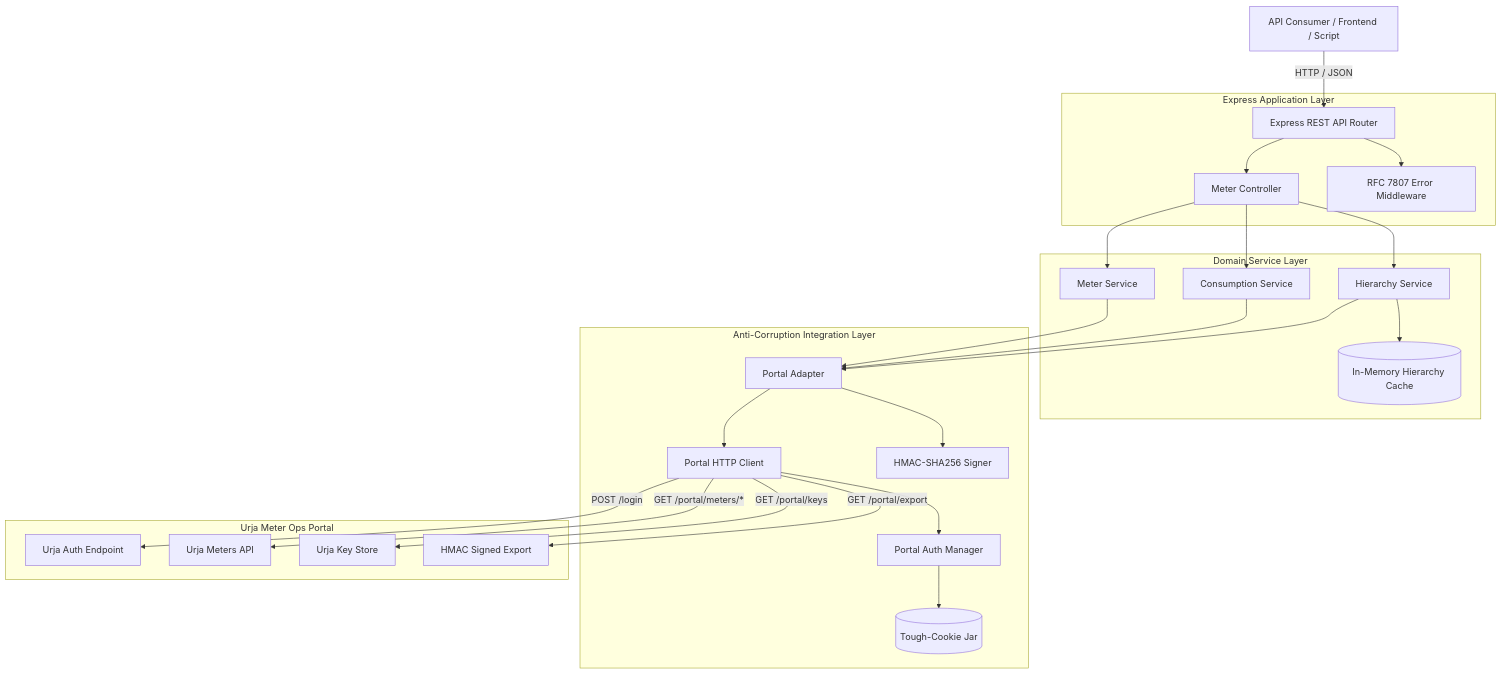
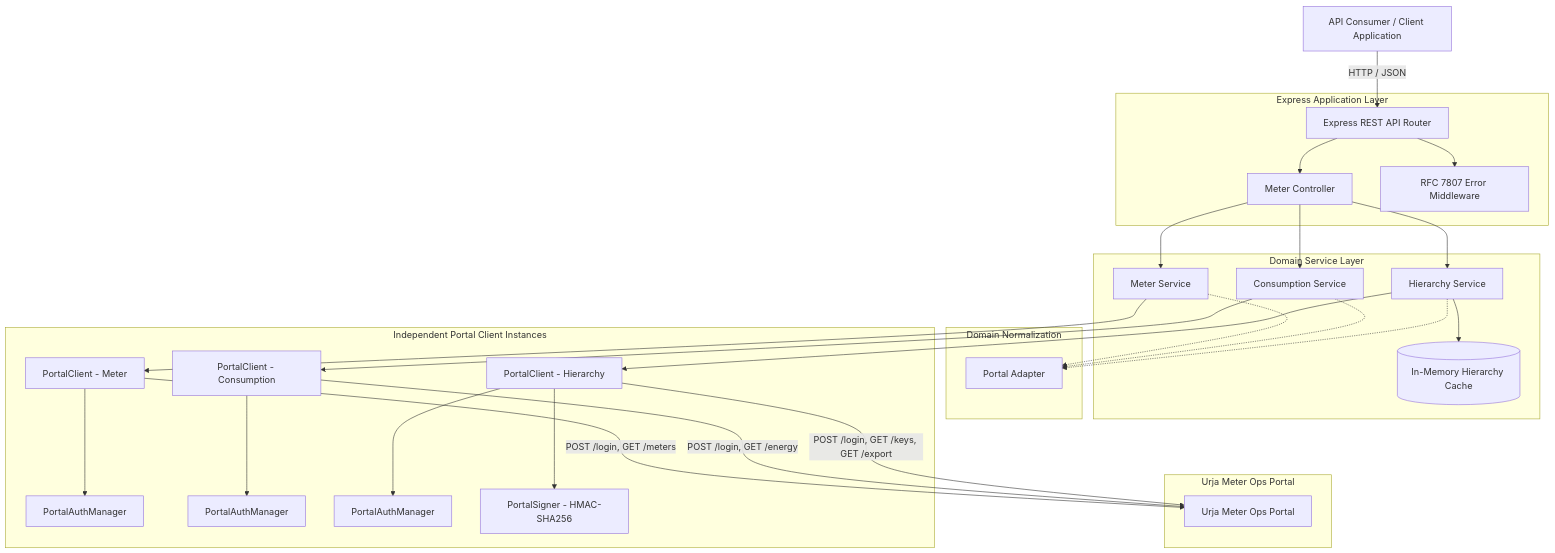
One commit to ankitpandey25009-coder/Flock-Energy-Assignment changed the first of 2 diagrams in README.md. Above: the diagram before and after it, drawn with Mermaid. The commit also changed other lines of this file and 2 other files, not shown here.

Commit message:
docs: correct README technical terminology, architecture documentation, and dependency cleanup

````diff
--- a/README.md
+++ b/README.md
@@ -84,33 +84,38 @@
 ```mermaid
 graph TD
-    Client[API Consumer / Frontend / Script] -->|HTTP / JSON| ExpressApp[Express REST API Router]
+    Client[API Consumer / Client Application] -->|HTTP / JSON| ExpressApp[Express REST API Router]
     
     subgraph ExpressLayer [Express Application Layer]
         ExpressApp --> MeterController[Meter Controller]
         ExpressApp --> ErrorHandler[RFC 7807 Error Middleware]
     end
 
     subgraph ServiceLayer [Domain Service Layer]
         MeterController --> MeterService[Meter Service]
         MeterController --> ConsumptionService[Consumption Service]
         MeterController --> HierarchyService[Hierarchy Service]
         HierarchyService --> MemoryCache[(In-Memory Hierarchy Cache)]
     end
 
-    subgraph IntegrationLayer [Anti-Corruption Integration Layer]
-        MeterService --> PortalAdapter[Portal Adapter]
-        ConsumptionService --> PortalAdapter
-        HierarchyService --> PortalAdapter
-        PortalAdapter --> PortalClient[Portal HTTP Client]
-        PortalAdapter --> PortalSigner[HMAC-SHA256 Signer]
-        PortalClient --> PortalAuth[Portal Auth Manager]
-        PortalAuth --> CookieJar[(Tough-Cookie Jar)]
+    subgraph Normalization [Domain Normalization]
+        MeterService -.-> PortalAdapter[Portal Adapter]
+        ConsumptionService -.-> PortalAdapter
+        HierarchyService -.-> PortalAdapter
+    end
+
+    subgraph ClientInstances [Independent Portal Client Instances]
+        MeterService --> Client1[PortalClient - Meter]
+        ConsumptionService --> Client2[PortalClient - Consumption]
+        HierarchyService --> Client3[PortalClient - Hierarchy]
+        Client1 --> Auth1[PortalAuthManager]
+        Client2 --> Auth2[PortalAuthManager]
+        Client3 --> Auth3[PortalAuthManager]
+        Client3 --> Signer[PortalSigner - HMAC-SHA256]
     end
 
     subgraph UpstreamPortal [Urja Meter Ops Portal]
-        PortalClient -->|POST /login| UpstreamAuth[Urja Auth Endpoint]
-        PortalClient -->|GET /portal/meters/*| UpstreamMeters[Urja Meters API]
-        PortalClient -->|GET /portal/keys| UpstreamKeys[Urja Key Store]
-        PortalClient -->|GET /portal/export| UpstreamExport[HMAC Signed Export]
+        Client1 -->|POST /login, GET /meters| Upstream[Urja Meter Ops Portal]
+        Client2 -->|POST /login, GET /energy| Upstream
+        Client3 -->|POST /login, GET /keys, GET /export| Upstream
     end
 ```
````
